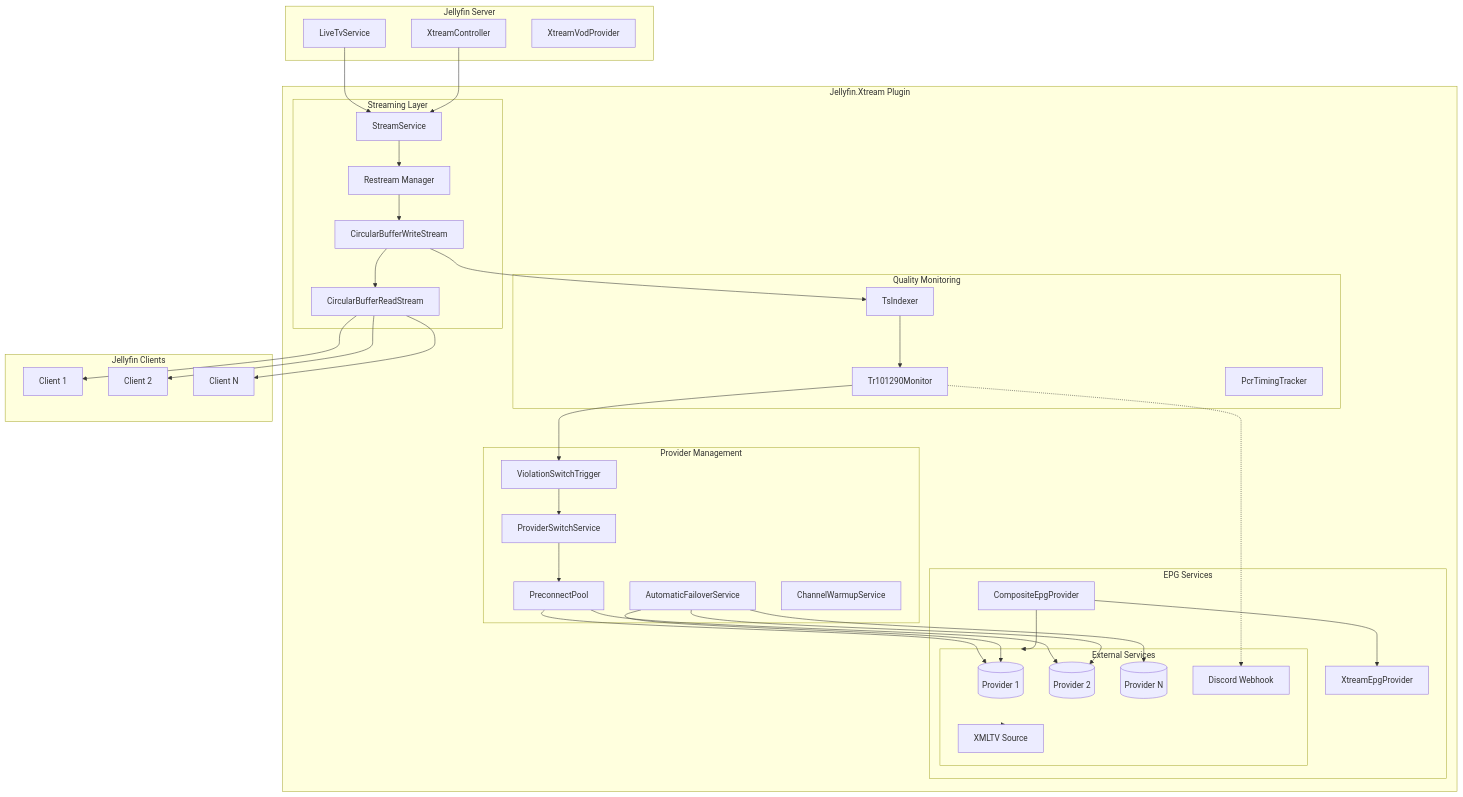
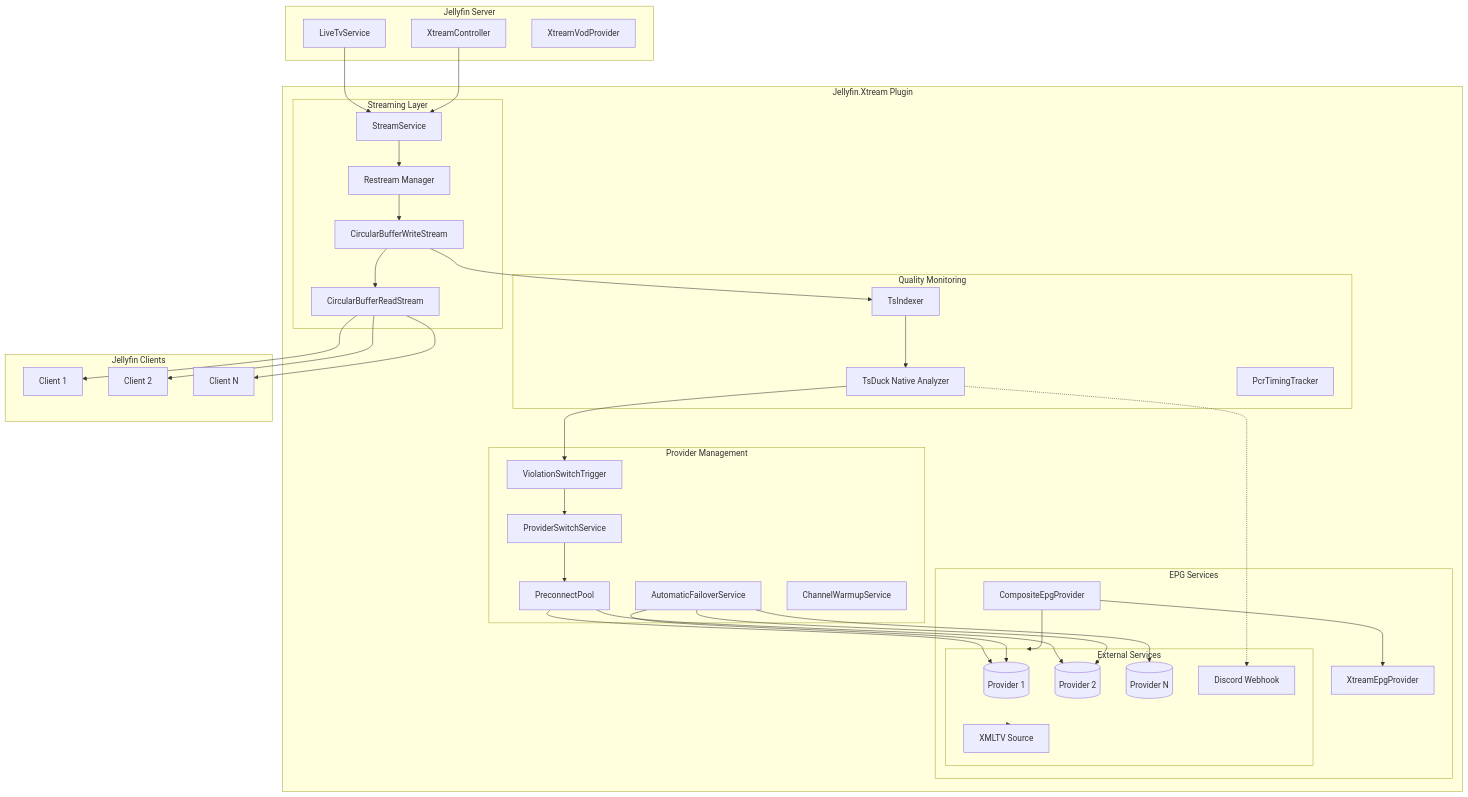
The first of 11 diagrams in README.md (magyargergo/Jellyfin.Xtream), drawn with Mermaid before and after one commit. The commit also changed other lines of this file, not shown here.

Commit message:
docs(readme): update architecture diagrams for TsDuck
Replace Tr101290Monitor references with TsDuck Native Analyzer in architecture
diagrams to reflect the new broadcast-grade TR 101 290 monitoring approach.

````diff
--- a/README.md
+++ b/README.md
@@ -34,78 +34,78 @@
 ```mermaid
 graph TB
     subgraph Jellyfin["Jellyfin Server"]
         LiveTV[LiveTvService]
         API[XtreamController]
         VOD[XtreamVodProvider]
     end
 
     subgraph Plugin["Jellyfin.Xtream Plugin"]
         subgraph Streaming["Streaming Layer"]
             StreamService[StreamService]
             Restream[Restream Manager]
             WriteBuffer[CircularBufferWriteStream]
             ReadBuffer[CircularBufferReadStream]
         end
 
         subgraph Providers["Provider Management"]
             Failover[AutomaticFailoverService]
             Switch[ProviderSwitchService]
             Trigger[ViolationSwitchTrigger]
             Pool[PreconnectPool]
             Warmup[ChannelWarmupService]
         end
 
         subgraph Quality["Quality Monitoring"]
             TsIndexer[TsIndexer]
-            Tr101290[Tr101290Monitor]
+            TsDuck[TsDuck Native Analyzer]
             PcrTracker[PcrTimingTracker]
         end
 
         subgraph EPG["EPG Services"]
             Composite[CompositeEpgProvider]
             Xtream[XtreamEpgProvider]
             External[ExternalXmltvEpgProvider]
         end
     end
 
     subgraph External["External Services"]
         Provider1[(Provider 1)]
         Provider2[(Provider 2)]
         ProviderN[(Provider N)]
         Discord[Discord Webhook]
         EPGSource[XMLTV Source]
     end
 
     subgraph Clients["Jellyfin Clients"]
         Client1[Client 1]
         Client2[Client 2]
         ClientN[Client N]
     end
 
     LiveTV --> StreamService
     API --> StreamService
     StreamService --> Restream
     Restream --> WriteBuffer
     WriteBuffer --> ReadBuffer
     ReadBuffer --> Client1
     ReadBuffer --> Client2
     ReadBuffer --> ClientN
 
     WriteBuffer --> TsIndexer
-    TsIndexer --> Tr101290
-    Tr101290 --> Trigger
+    TsIndexer --> TsDuck
+    TsDuck --> Trigger
     Trigger --> Switch
     Switch --> Pool
     Pool --> Provider1
     Pool --> Provider2
 
     Failover --> Provider1
     Failover --> Provider2
     Failover --> ProviderN
 
     Composite --> Xtream
     Composite --> External
     External --> EPGSource
 
-    Tr101290 -.-> Discord
+    TsDuck -.-> Discord
 ```
````
